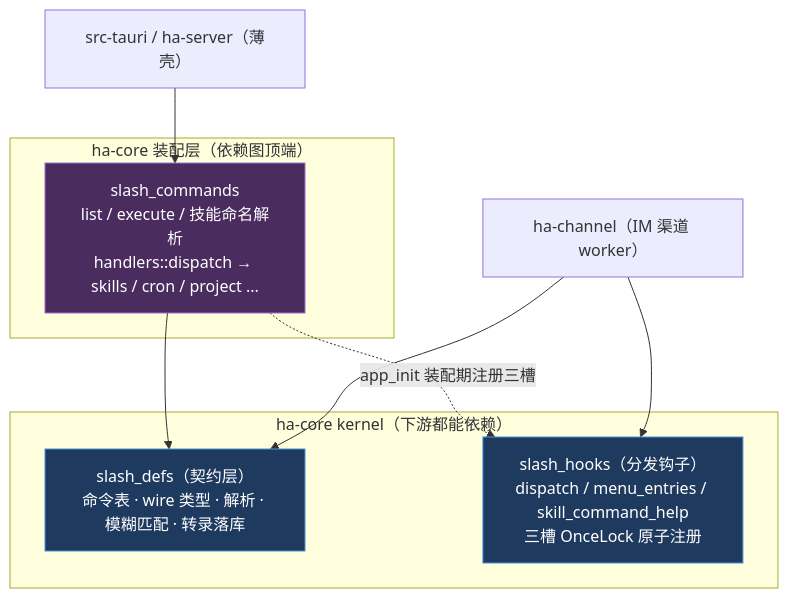
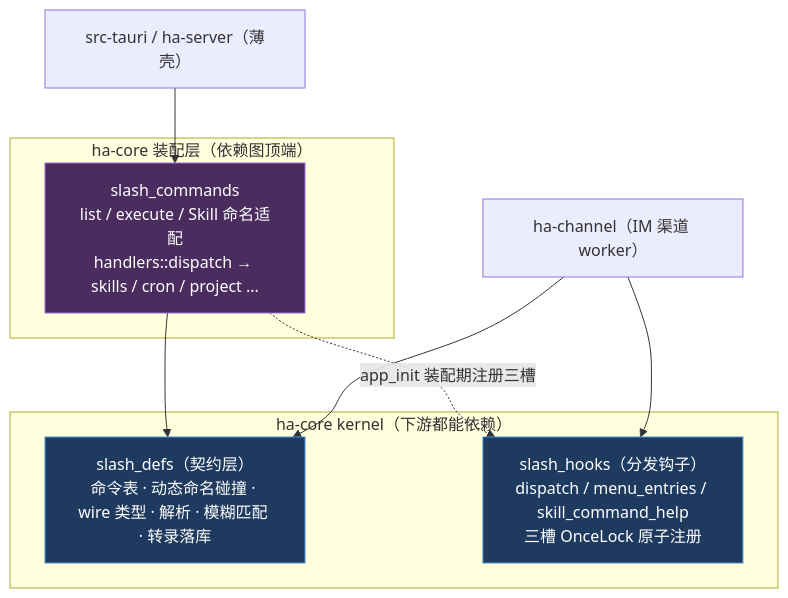
One commit to shiwenwen/hope-agent changed the first of 4 diagrams in docs/architecture/integration/slash-commands.md. Above: the diagram before and after it, drawn with Mermaid. The commit also changed other lines of this file and 196 other files, not shown here.

````diff
--- a/docs/architecture/integration/slash-commands.md
+++ b/docs/architecture/integration/slash-commands.md
@@ -35,23 +35,23 @@
 ```mermaid
 flowchart TB
     subgraph kernel["ha-core kernel（下游都能依赖）"]
-        defs["slash_defs（契约层）<br/>命令表 · wire 类型 · 解析 · 模糊匹配 · 转录落库"]
+        defs["slash_defs（契约层）<br/>命令表 · 动态命名碰撞 · wire 类型 · 解析 · 模糊匹配 · 转录落库"]
         hooks["slash_hooks（分发钩子）<br/>dispatch / menu_entries / skill_command_help<br/>三槽 OnceLock 原子注册"]
     end
     subgraph asm["ha-core 装配层（依赖图顶端）"]
-        cmds["slash_commands<br/>list / execute / 技能命名解析<br/>handlers::dispatch → skills / cron / project ..."]
+        cmds["slash_commands<br/>list / execute / Skill 命名适配<br/>handlers::dispatch → skills / cron / project ..."]
     end
     channel["ha-channel（IM 渠道 worker）"]
     shells["src-tauri / ha-server（薄壳）"]
 
     cmds -. "app_init 装配期注册三槽" .-> hooks
     cmds --> defs
     channel --> defs
     channel --> hooks
     shells --> cmds
 
     classDef k fill:#1e3a5f,stroke:#4a90d9,color:#fff
     classDef a fill:#4a2c5e,stroke:#a06cd5,color:#fff
     class defs,hooks k
     class cmds a
 ```
````
